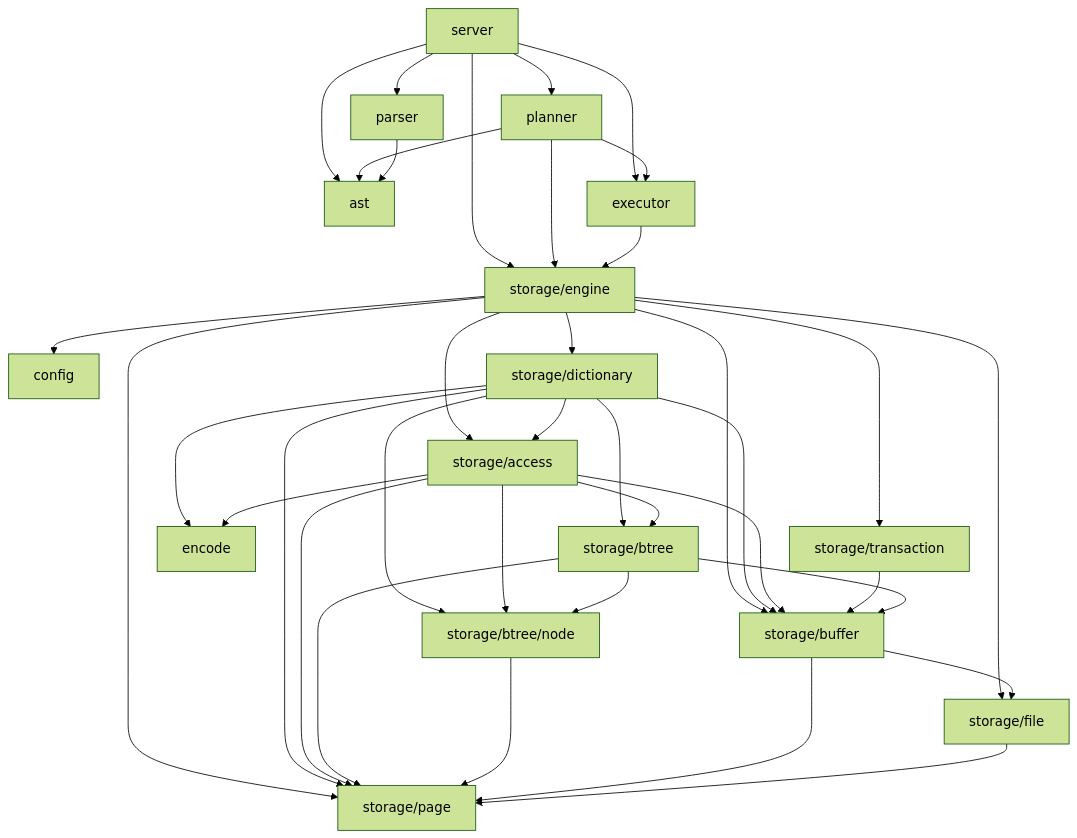
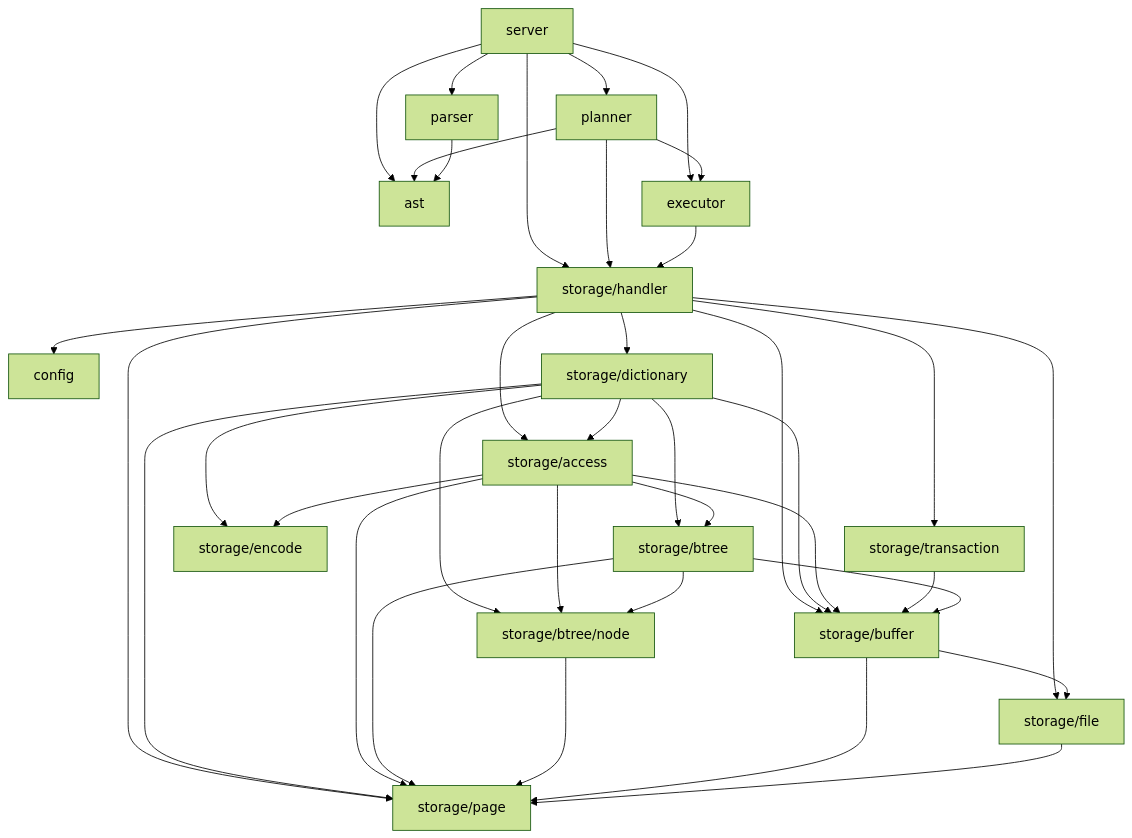
One commit to ren-yamanashi/minesql changed the first of 2 diagrams in docs/architecture/package-graph.md. Above: the diagram before and after it, drawn with Mermaid (forest theme). The commit also changed other lines of this file, not shown here.

````diff
--- a/docs/architecture/package-graph.md
+++ b/docs/architecture/package-graph.md
@@ -7,50 +7,50 @@
 ```mermaid
 graph TD
     server --> ast
     server --> executor
     server --> parser
     server --> planner
-    server --> storage/engine
+    server --> storage/handler
 
     planner --> ast
     planner --> executor
-    planner --> storage/engine
+    planner --> storage/handler
 
-    executor --> storage/engine
+    executor --> storage/handler
 
     parser --> ast
 
-    storage/engine --> config
-    storage/engine --> storage/access
-    storage/engine --> storage/buffer
-    storage/engine --> storage/dictionary
-    storage/engine --> storage/file
-    storage/engine --> storage/page
-    storage/engine --> storage/transaction
+    storage/handler --> config
+    storage/handler --> storage/access
+    storage/handler --> storage/buffer
+    storage/handler --> storage/dictionary
+    storage/handler --> storage/file
+    storage/handler --> storage/page
+    storage/handler --> storage/transaction
 
-    storage/dictionary --> encode
     storage/dictionary --> storage/access
     storage/dictionary --> storage/btree
     storage/dictionary --> storage/btree/node
     storage/dictionary --> storage/buffer
+    storage/dictionary --> storage/encode
     storage/dictionary --> storage/page
 
-    storage/access --> encode
     storage/access --> storage/btree
     storage/access --> storage/btree/node
     storage/access --> storage/buffer
+    storage/access --> storage/encode
     storage/access --> storage/page
 
     storage/transaction --> storage/buffer
 
     storage/btree --> storage/btree/node
     storage/btree --> storage/buffer
     storage/btree --> storage/page
 
     storage/btree/node --> storage/page
 
     storage/buffer --> storage/file
     storage/buffer --> storage/page
 
     storage/file --> storage/page
 ```
````
